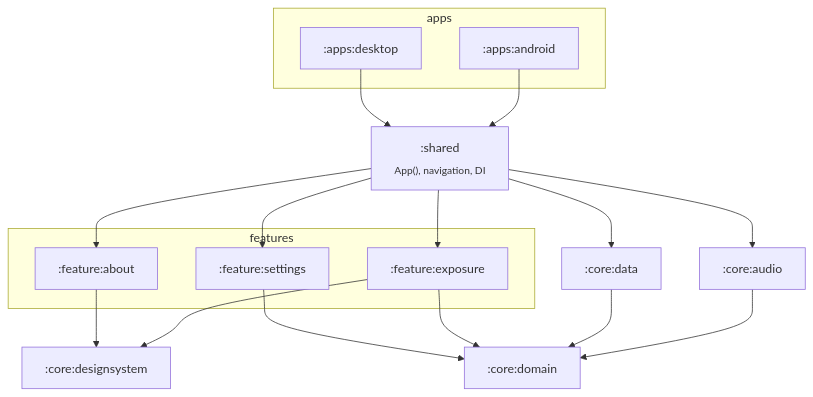
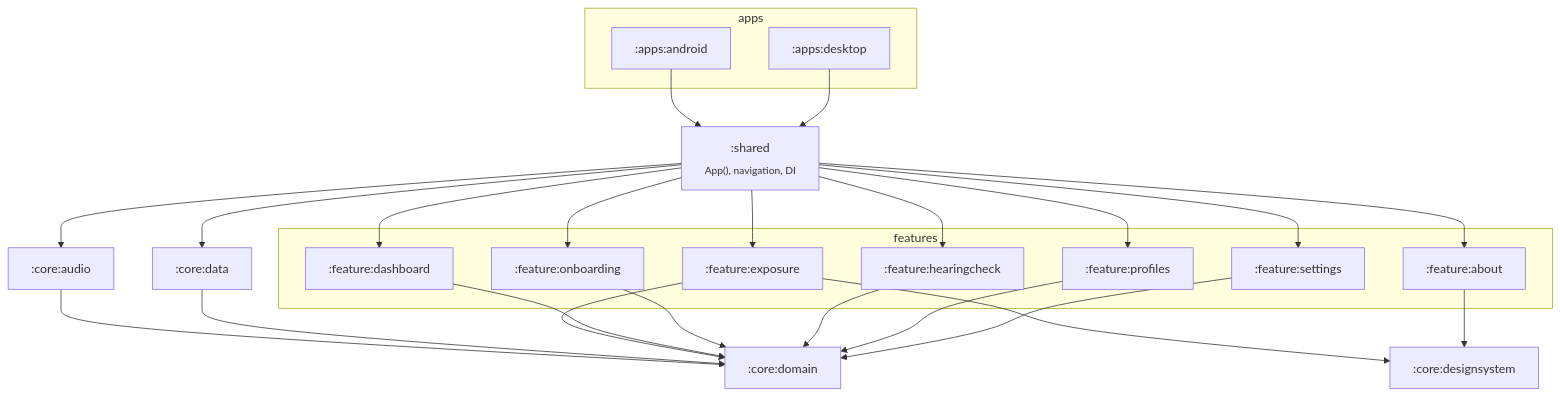
The first of 3 diagrams in docs/architecture.md (JeanCarloLond/WHLambda), drawn with Mermaid before and after one commit. The commit also changed other lines of this file and 158 other files, not shown here.

````diff
--- a/docs/architecture.md
+++ b/docs/architecture.md
@@ -10,30 +10,42 @@
 ```mermaid
 flowchart TB
     subgraph apps
         android[":apps:android"]
         desktop[":apps:desktop"]
     end
     shared[":shared<br/><sub>App(), navigation, DI</sub>"]
     subgraph features
+        dashboard[":feature:dashboard"]
         exposure[":feature:exposure"]
+        hearingcheck[":feature:hearingcheck"]
+        onboarding[":feature:onboarding"]
+        profiles[":feature:profiles"]
         settings[":feature:settings"]
         about[":feature:about"]
     end
     designsystem[":core:designsystem"]
     domain[":core:domain"]
     data[":core:data"]
 
     android --> shared
     desktop --> shared
+    shared --> dashboard
     shared --> exposure
+    shared --> hearingcheck
+    shared --> onboarding
+    shared --> profiles
     shared --> settings
     shared --> about
     shared --> data
     shared --> audio[":core:audio"]
     audio --> domain
     data --> domain
     exposure --> designsystem
     exposure --> domain
+    dashboard --> domain
+    onboarding --> domain
+    hearingcheck --> domain
+    profiles --> domain
     settings --> domain
     about --> designsystem
 ```
````
